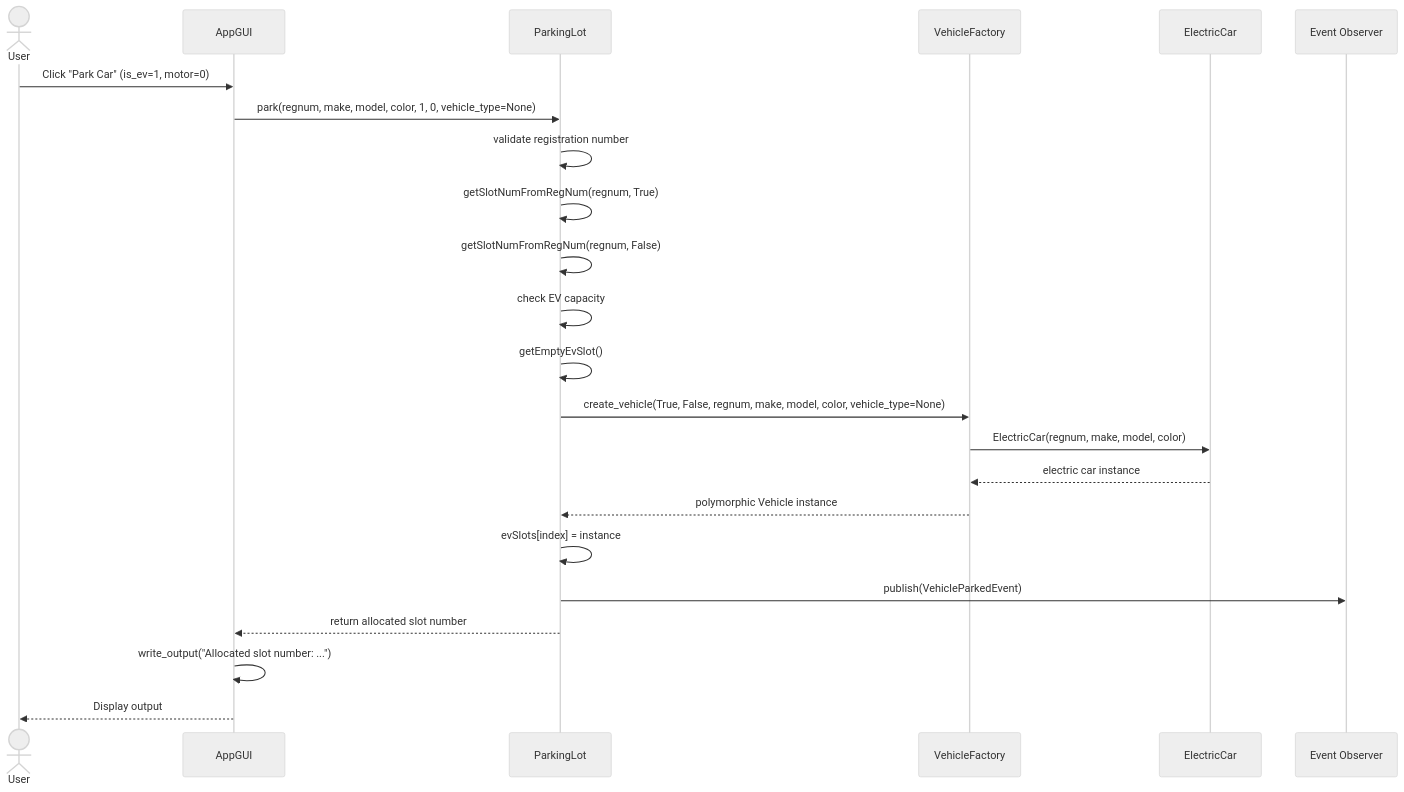
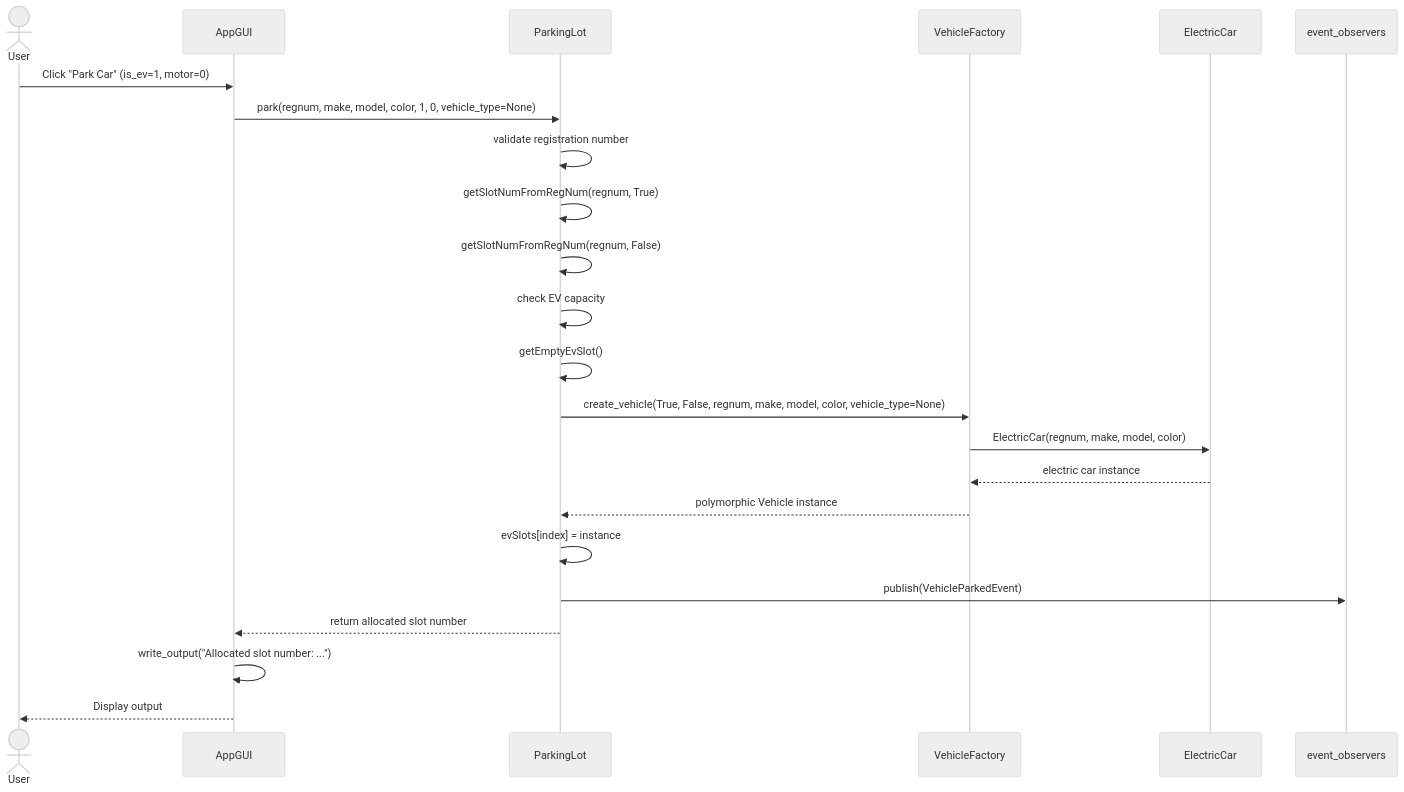
The ninth of 9 diagrams in project_3_software_design/docs/implementations/11_UML_Diagrams.md (phuocnguyen90/msse), drawn with Mermaid (neutral theme) before and after one commit. The commit also changed other lines of this file and 2 other files, not shown here.

````diff
--- a/project_3_software_design/docs/implementations/11_UML_Diagrams.md
+++ b/project_3_software_design/docs/implementations/11_UML_Diagrams.md
@@ -386,26 +391,26 @@
 ```mermaid
 sequenceDiagram
     actor User
     participant GUI as AppGUI
     participant PL as ParkingLot
     participant VF as VehicleFactory
     participant EC as ElectricCar
-    participant EventBus as Event Observer
+    participant Obs as event_observers
 
     User->>GUI: Click "Park Car" (is_ev=1, motor=0)
     GUI->>PL: park(regnum, make, model, color, 1, 0, vehicle_type=None)
     PL->>PL: validate registration number
     PL->>PL: getSlotNumFromRegNum(regnum, True)
     PL->>PL: getSlotNumFromRegNum(regnum, False)
     PL->>PL: check EV capacity
     PL->>PL: getEmptyEvSlot()
     PL->>VF: create_vehicle(True, False, regnum, make, model, color, vehicle_type=None)
     VF->>EC: ElectricCar(regnum, make, model, color)
     EC-->>VF: electric car instance
     VF-->>PL: polymorphic Vehicle instance
     PL->>PL: evSlots[index] = instance
-    PL->>EventBus: publish(VehicleParkedEvent)
+    PL->>Obs: publish(VehicleParkedEvent)
     PL-->>GUI: return allocated slot number
     GUI->>GUI: write_output("Allocated slot number: ...")
     GUI-->>User: Display output
 ```
````
